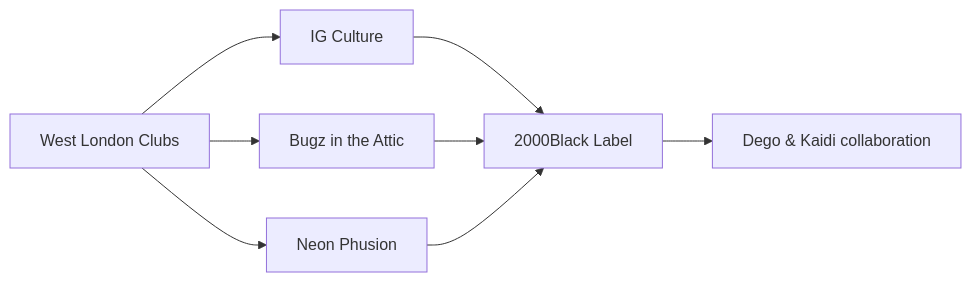
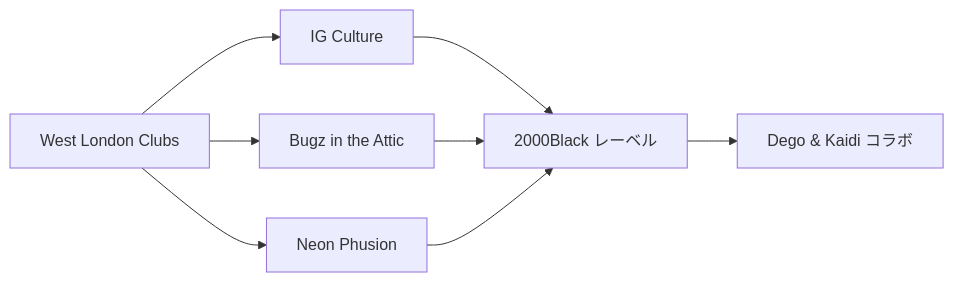
One commit to monumental-movement/monumental-movement.github.io changed the second of 4 diagrams in en/_posts/2025-11-28-column-dego-kaidi-so-we-gwarn.md. Above: the diagram before and after it, drawn with Mermaid. The commit also changed other lines of this file and 775 other files, not shown here.

```diff
--- a/en/_posts/2025-11-28-column-dego-kaidi-so-we-gwarn.md
+++ b/en/_posts/2025-11-28-column-dego-kaidi-so-we-gwarn.md
@@ -81,8 +81,8 @@
 <div class="mermaid">
 flowchart LR
     A["West London Clubs"] --> B["IG Culture"]
     A --> C["Bugz in the Attic"]
     A --> D["Neon Phusion"]
-    B & C & D --> E["2000Black Label"]
-    E --> F["Dego & Kaidi collaboration"]
+    B & C & D --> E["2000Black レーベル"]
+    E --> F["Dego & Kaidi コラボ"]
 </div>
```
